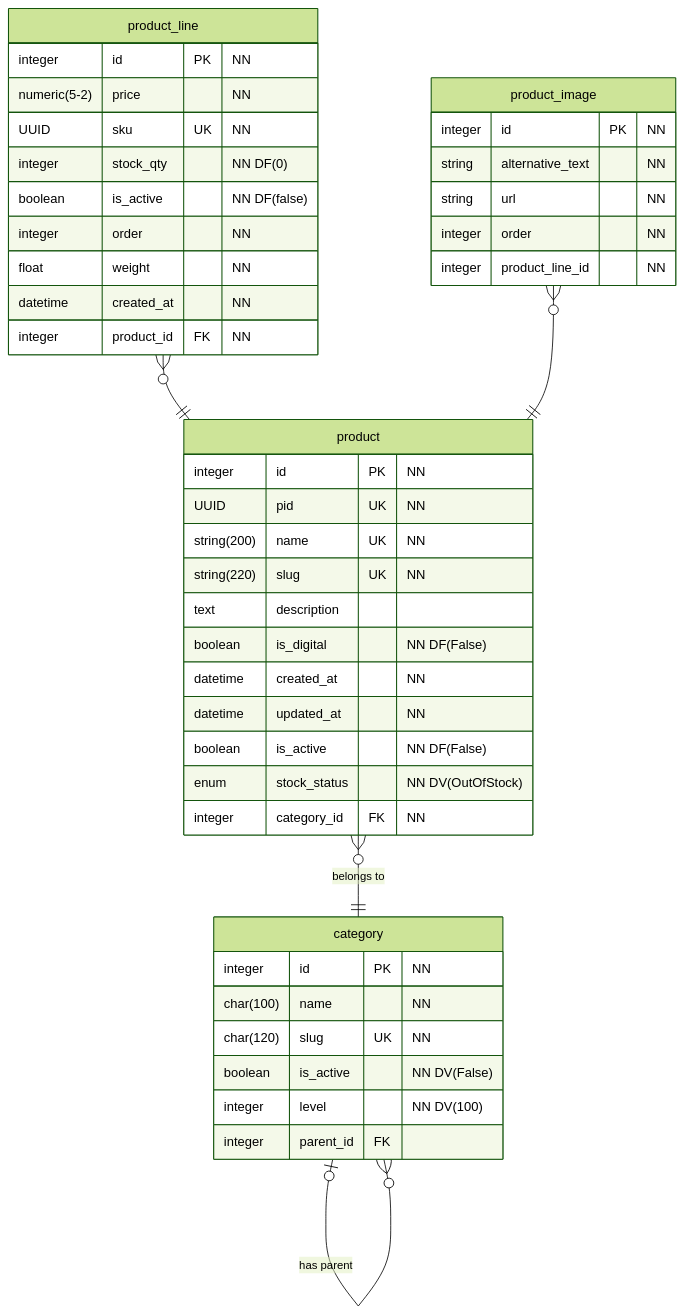
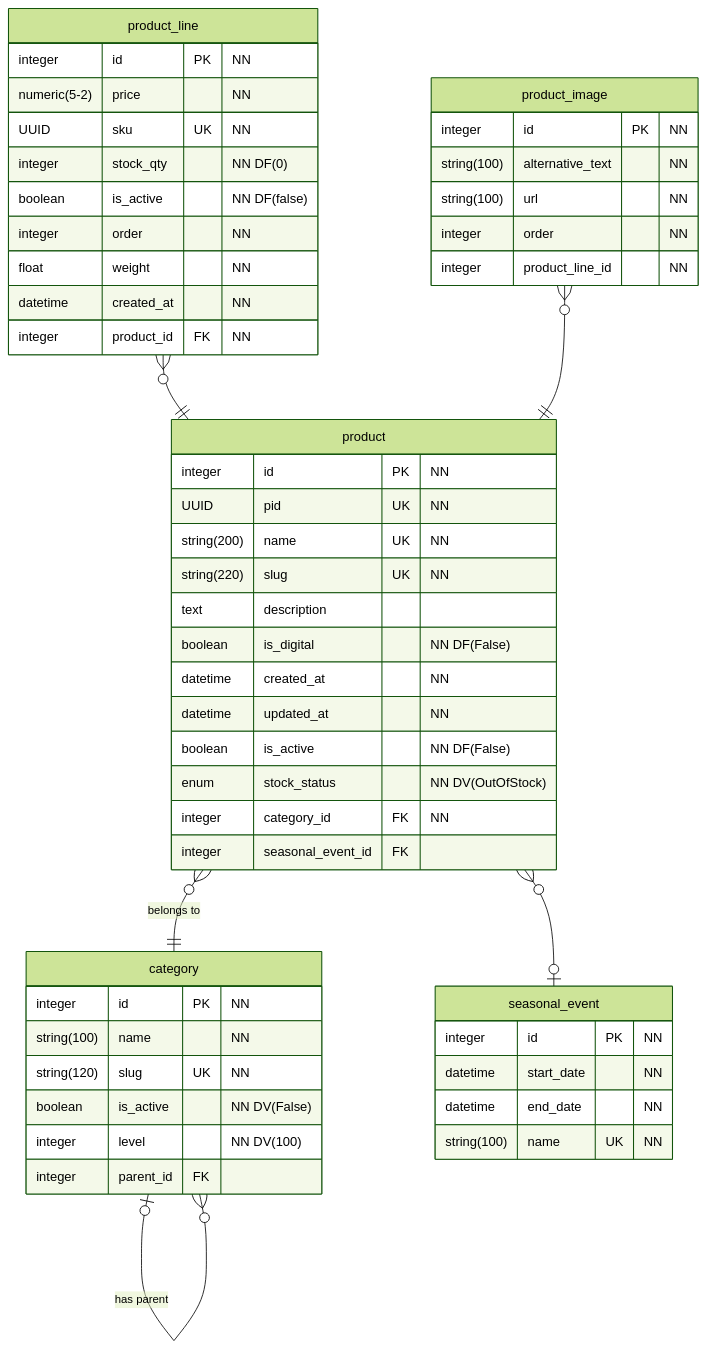
One commit to BrunoSoaresEngineering/fastAPI-learning-project changed the diagram in README.md. Above: the diagram before and after it, drawn with Mermaid (forest theme). The commit also changed 3 other files, not shown here.

Commit message:
feat: add "seasonal_event" table

````diff
--- a/README.md
+++ b/README.md
@@ -3,51 +3,60 @@
 ```mermaid
 erDiagram
     category {
       integer id PK "NN"
-      char(100) name "NN"
-      char(120) slug UK "NN"
+      string(100) name "NN"
+      string(120) slug UK "NN"
       boolean is_active "NN DV(False)"
       integer level "NN DV(100)"
       integer parent_id FK
     }
 
     product {
       integer id PK "NN"
       UUID pid UK "NN"
       string(200) name UK "NN"
       string(220) slug UK "NN"
       text description
       boolean is_digital "NN DF(False)"
       datetime created_at "NN"
       datetime updated_at "NN"
       boolean is_active "NN DF(False)"
       enum stock_status "NN DV(OutOfStock)"
       integer category_id FK "NN"
+      integer seasonal_event_id FK
     }
 
     product_line {
       integer id PK "NN"
       numeric(5-2) price "NN"
       UUID sku UK "NN"
       integer stock_qty "NN DF(0)"
       boolean is_active "NN DF(false)"
       integer order "NN"
       float weight "NN"
       datetime created_at "NN"
       integer product_id FK "NN"
     }
 
     product_image {
       integer id PK "NN"
-      string alternative_text "NN"
-      string url "NN"
+      string(100) alternative_text "NN"
+      string(100) url "NN"
       integer order "NN"
       integer product_line_id "NN"
     }
 
+    seasonal_event {
+      integer id PK "NN"
+      datetime start_date "NN"
+      datetime end_date "NN"
+      string(100) name UK "NN"
+    }
+
     category |o--o{ category : "has parent"
     product }o--|| category: "belongs to"
+    product }o--o| seasonal_event: ""
     product_line }o--|| product: ""
     product_image }o--|| product: ""
 
 ```
````
